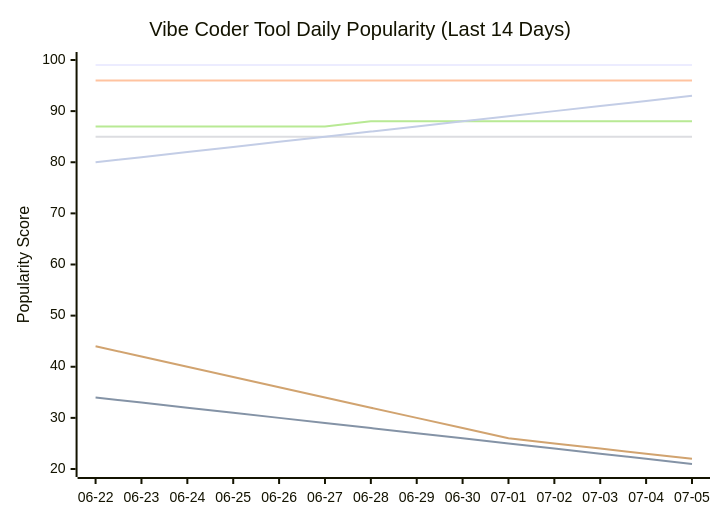
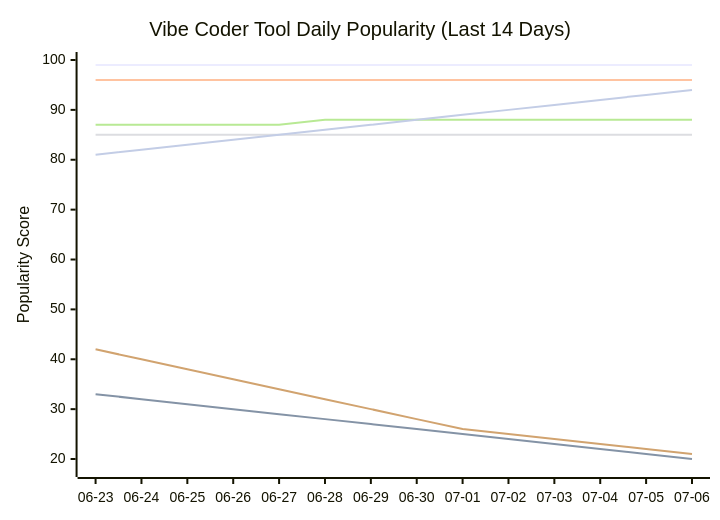
Before and after one commit to tykimos/ai-whatchelin: the seventh of 11 diagrams in README.md, drawn with Mermaid. The commit also changed other lines of this file and 4 other files, not shown here.

````diff
--- a/README.md
+++ b/README.md
@@ -1850,13 +1857,13 @@
 ```mermaid
 xychart-beta
     title "Vibe Coder Tool Daily Popularity (Last 14 Days)"
-    x-axis ["06-22", "06-23", "06-24", "06-25", "06-26", "06-27", "06-28", "06-29", "06-30", "07-01", "07-02", "07-03", "07-04", "07-05"]
-    y-axis "Popularity Score" 20 --> 100
+    x-axis ["06-23", "06-24", "06-25", "06-26", "06-27", "06-28", "06-29", "06-30", "07-01", "07-02", "07-03", "07-04", "07-05", "07-06"]
+    y-axis "Popularity Score" 18 --> 100
     line "Claude Code" [99, 99, 99, 99, 99, 99, 99, 99, 99, 99, 99, 99, 99, 99]
-    line "GH Copilot" [34, 33, 32, 31, 30, 29, 28, 27, 26, 25, 24, 23, 22, 21]
+    line "GH Copilot" [33, 32, 31, 30, 29, 28, 27, 26, 25, 24, 23, 22, 21, 20]
     line "Cursor" [96, 96, 96, 96, 96, 96, 96, 96, 96, 96, 96, 96, 96, 96]
     line "Windsurf" [85, 85, 85, 85, 85, 85, 85, 85, 85, 85, 85, 85, 85, 85]
-    line "Codex CLI" [87, 87, 87, 87, 87, 87, 88, 88, 88, 88, 88, 88, 88, 88]
-    line "Gemini CLI" [44, 42, 40, 38, 36, 34, 32, 30, 28, 26, 25, 24, 23, 22]
-    line "Antigravity" [80, 81, 82, 83, 84, 85, 86, 87, 88, 89, 90, 91, 92, 93]
+    line "Codex CLI" [87, 87, 87, 87, 87, 88, 88, 88, 88, 88, 88, 88, 88, 88]
+    line "Gemini CLI" [42, 40, 38, 36, 34, 32, 30, 28, 26, 25, 24, 23, 22, 21]
+    line "Antigravity" [81, 82, 83, 84, 85, 86, 87, 88, 89, 90, 91, 92, 93, 94]
 ```
````
